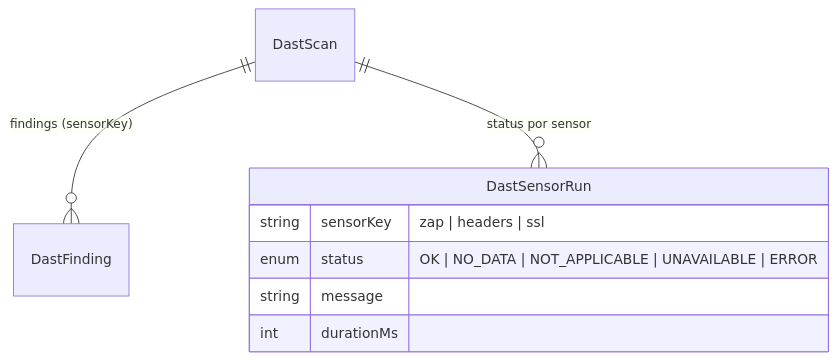
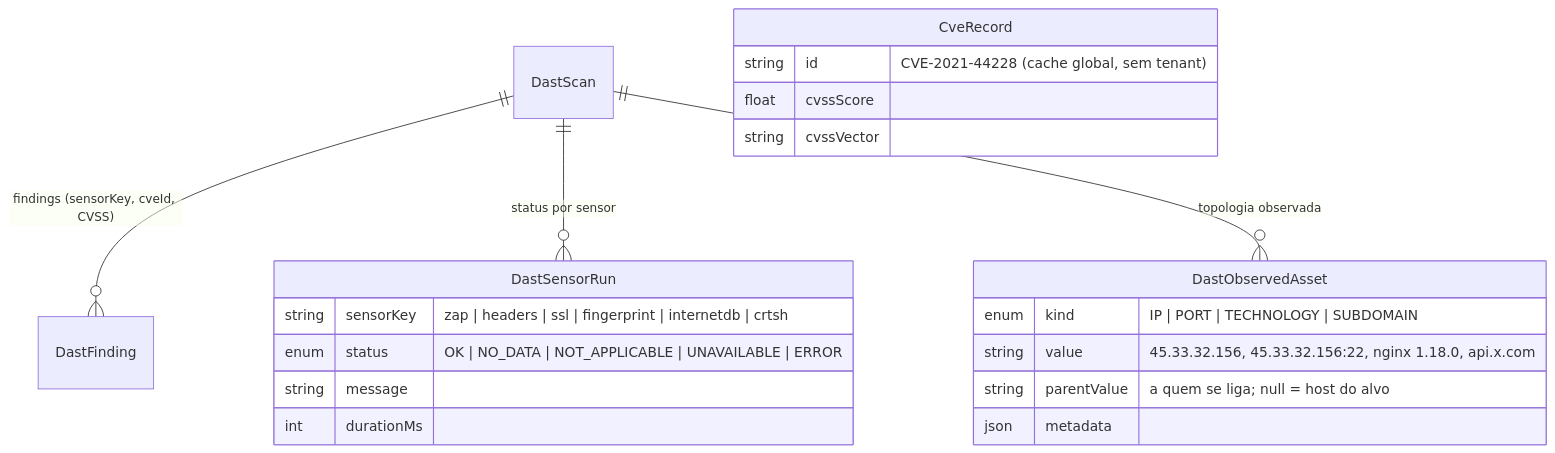
Before and after one commit to guimunizzz/Vulnera-TCC: the second of 2 diagrams in DISCOVERY.md, drawn with Mermaid. The commit also changed other lines of this file and 11 other files, not shown here.

````diff
--- a/DISCOVERY.md
+++ b/DISCOVERY.md
@@ -165,11 +229,23 @@
 ```mermaid
 erDiagram
-  DastScan ||--o{ DastFinding : "findings (sensorKey)"
+  DastScan ||--o{ DastFinding : "findings (sensorKey, cveId, CVSS)"
   DastScan ||--o{ DastSensorRun : "status por sensor"
+  DastScan ||--o{ DastObservedAsset : "topologia observada"
   DastSensorRun {
-    string sensorKey "zap | headers | ssl"
+    string sensorKey "zap | headers | ssl | fingerprint | internetdb | crtsh"
     enum status "OK | NO_DATA | NOT_APPLICABLE | UNAVAILABLE | ERROR"
     string message
     int durationMs
   }
+  DastObservedAsset {
+    enum kind "IP | PORT | TECHNOLOGY | SUBDOMAIN"
+    string value "45.33.32.156, 45.33.32.156:22, nginx 1.18.0, api.x.com"
+    string parentValue "a quem se liga; null = host do alvo"
+    json metadata
+  }
+  CveRecord {
+    string id "CVE-2021-44228 (cache global, sem tenant)"
+    float cvssScore
+    string cvssVector
+  }
 ```
````
